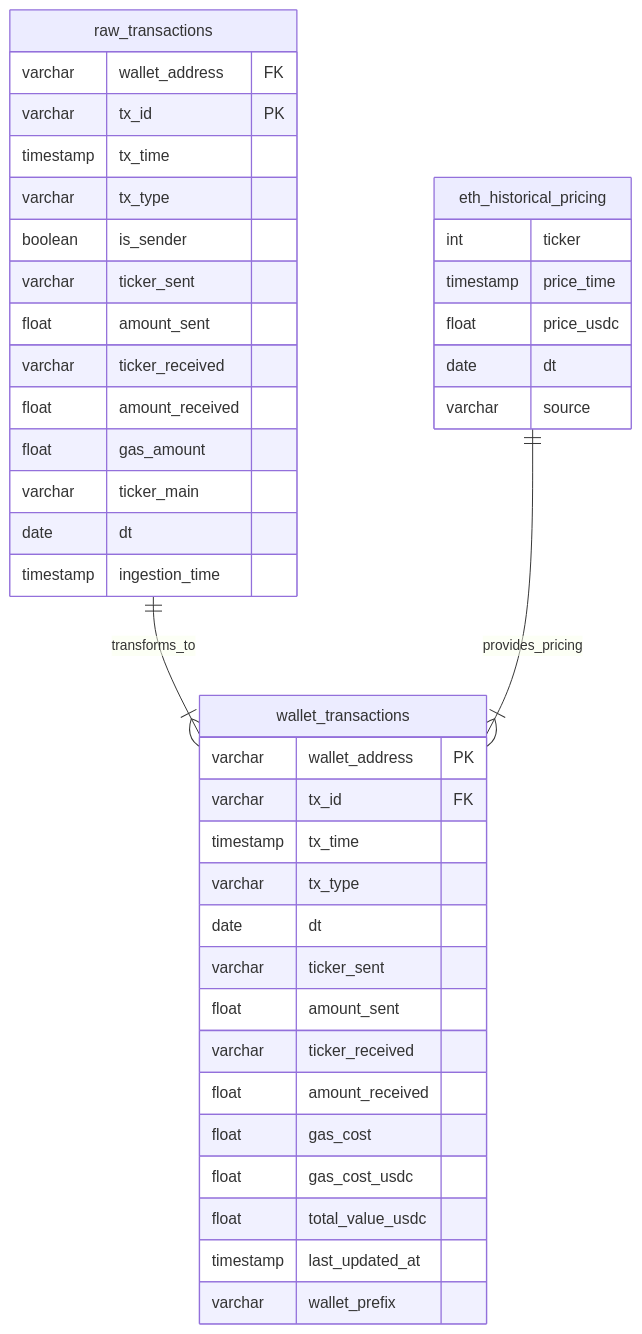
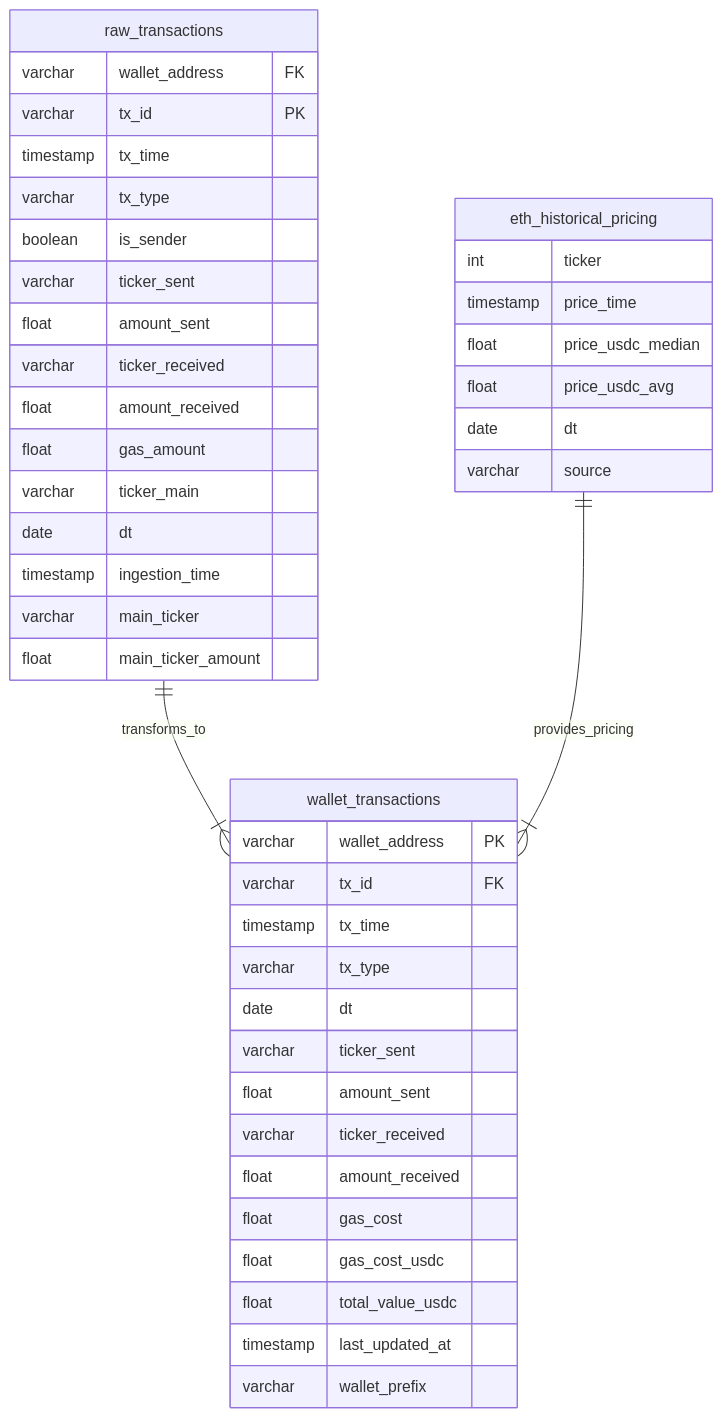
Before and after one commit to tripodoreo/ae_capstone_project: the first of 2 diagrams in README.md, drawn with Mermaid. The commit also changed other lines of this file, not shown here.

````diff
--- a/README.md
+++ b/README.md
@@ -74,48 +108,51 @@
 ```mermaid
 erDiagram
    eth_historical_pricing {
        int ticker
        timestamp price_time
-       float price_usdc
+       float price_usdc_median
+       float price_usdc_avg
        date dt
        varchar source
    }
    raw_transactions {
        varchar wallet_address "FK"
        varchar tx_id "PK"
        timestamp tx_time
        varchar tx_type
        boolean is_sender
        varchar ticker_sent
        float amount_sent 
        varchar ticker_received
        float amount_received
        float gas_amount
        varchar ticker_main
        date dt
        timestamp ingestion_time
+       varchar main_ticker
+       float main_ticker_amount
    }
    wallet_transactions {
        varchar wallet_address "PK"
        varchar tx_id "FK"
        timestamp tx_time
        varchar tx_type
        date dt
        varchar ticker_sent
        float amount_sent
        varchar ticker_received
        float amount_received
        float gas_cost
        float gas_cost_usdc
        float total_value_usdc
        timestamp last_updated_at
        varchar wallet_prefix
    }
 
    raw_transactions ||--|{ wallet_transactions : "transforms_to"
    eth_historical_pricing ||--|{ wallet_transactions : "provides_pricing"
 
 %% eth_historical_pricing: partitioned by [dt]
 %% raw_transactions: partitioned by [dt, ticker_main] 
 %% wallet_transactions: partitioned by [dt, wallet_prefix]
 ```
````
